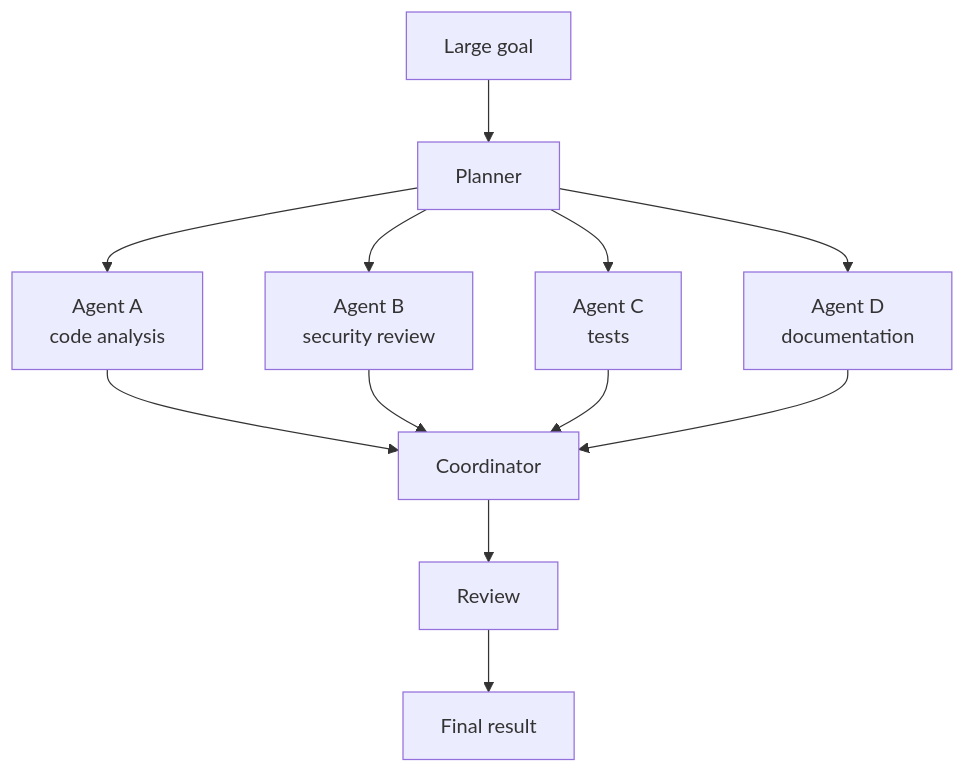
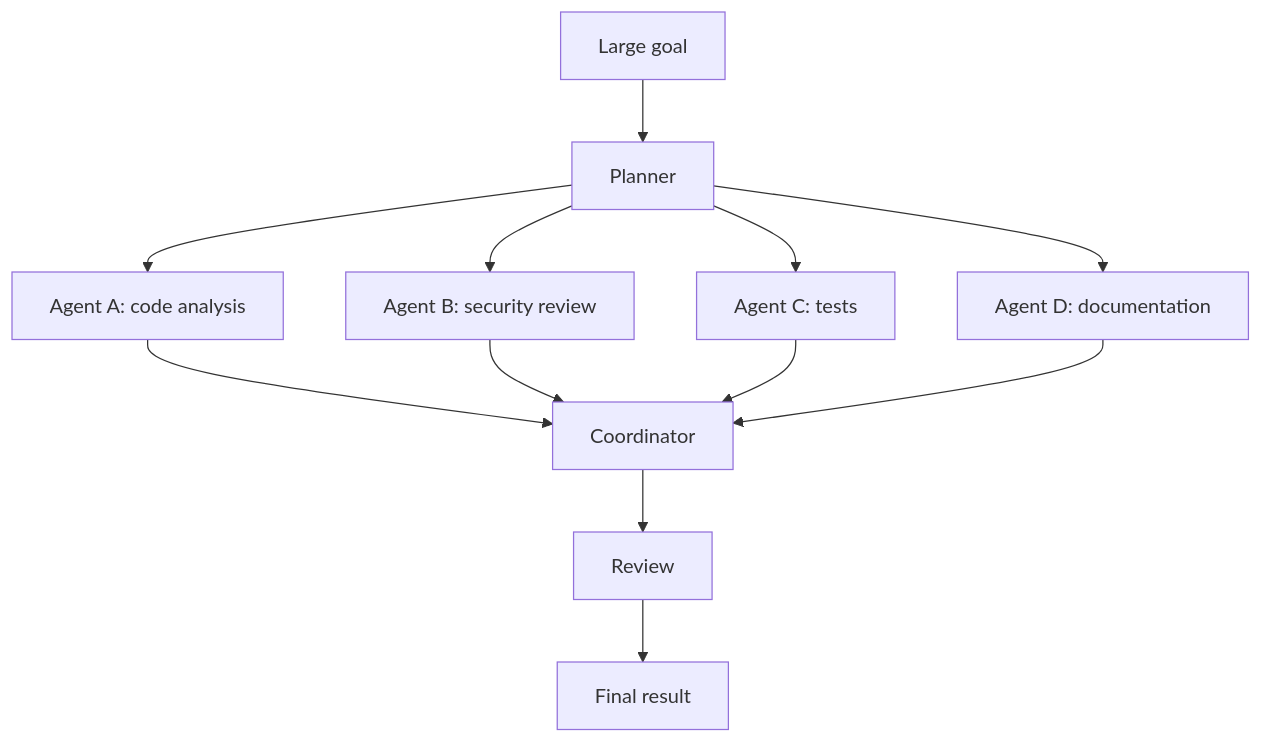
One commit to dragonked2/alphacode changed the third of 3 diagrams in README.md. Above: the diagram before and after it, drawn with Mermaid. The commit also changed other lines of this file, not shown here.

````diff
--- a/README.md
+++ b/README.md
@@ -238,14 +244,14 @@
 ```mermaid
 flowchart TD
     G["Large goal"] --> P["Planner"]
-    P --> A["Agent A<br/>code analysis"]
-    P --> B["Agent B<br/>security review"]
-    P --> C["Agent C<br/>tests"]
-    P --> D["Agent D<br/>documentation"]
+    P --> A["Agent A: code analysis"]
+    P --> B["Agent B: security review"]
+    P --> C["Agent C: tests"]
+    P --> D["Agent D: documentation"]
     A --> M["Coordinator"]
     B --> M
     C --> M
     D --> M
     M --> R["Review"]
     R --> F["Final result"]
 ```
````
